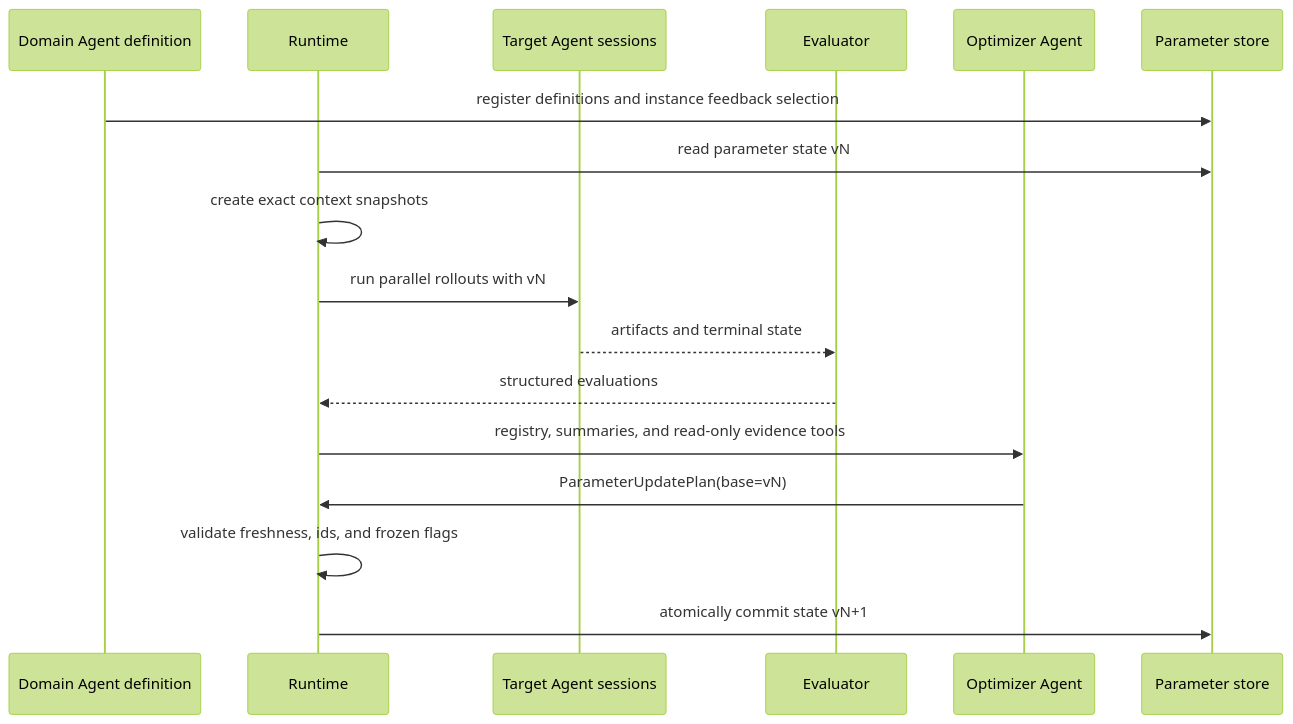
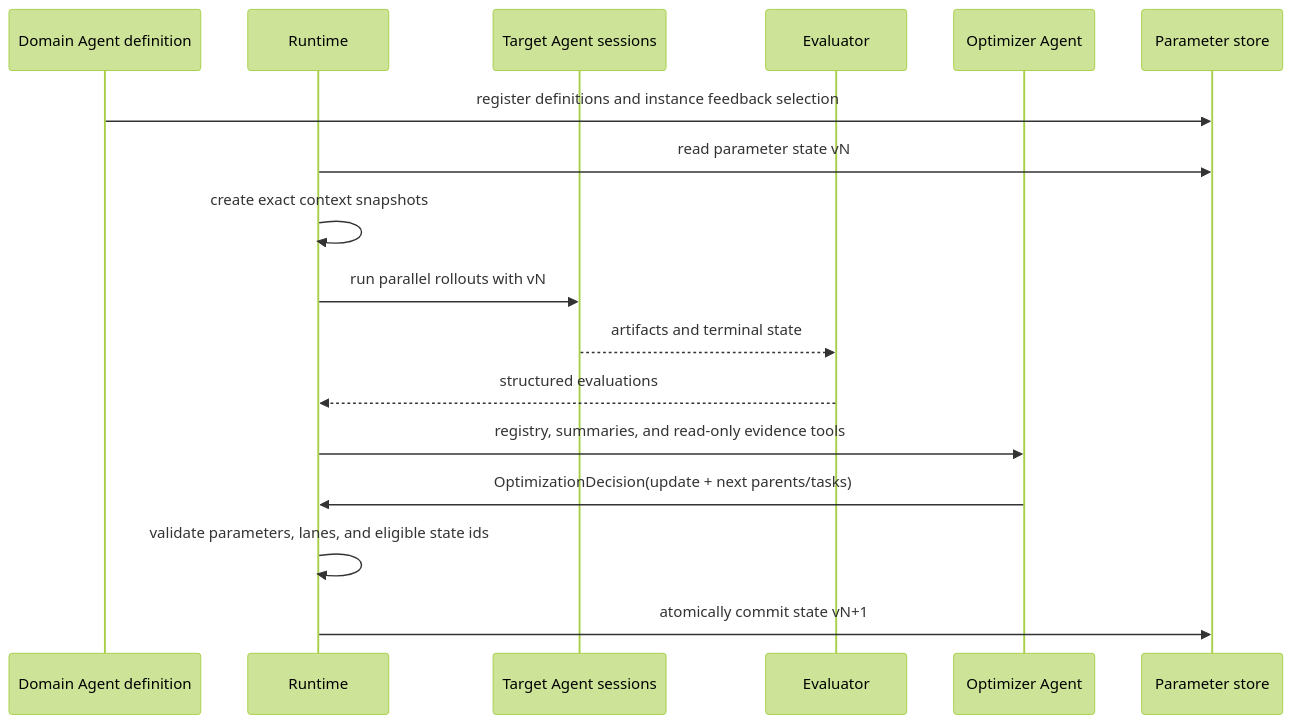
One commit to BruceLoveLee000/tokens-as-parameters changed the third of 3 diagrams in docs/en/architecture/token-optimization-core.md. Above: the diagram before and after it, drawn with Mermaid (forest theme). The commit also changed other lines of this file and 50 other files, not shown here.

````diff
--- a/docs/en/architecture/token-optimization-core.md
+++ b/docs/en/architecture/token-optimization-core.md
@@ -137,20 +137,20 @@
 ```mermaid
 sequenceDiagram
   participant D as Domain Agent definition
   participant R as Runtime
   participant A as Target Agent sessions
   participant E as Evaluator
   participant O as Optimizer Agent
   participant S as Parameter store
 
   D->>S: register definitions and instance feedback selection
   R->>S: read parameter state vN
   R->>R: create exact context snapshots
   R->>A: run parallel rollouts with vN
   A-->>E: artifacts and terminal state
   E-->>R: structured evaluations
   R->>O: registry, summaries, and read-only evidence tools
-  O->>R: ParameterUpdatePlan(base=vN)
-  R->>R: validate freshness, ids, and frozen flags
+  O->>R: OptimizationDecision(update + next parents/tasks)
+  R->>R: validate parameters, lanes, and eligible state ids
   R->>S: atomically commit state vN+1
 ```
````
